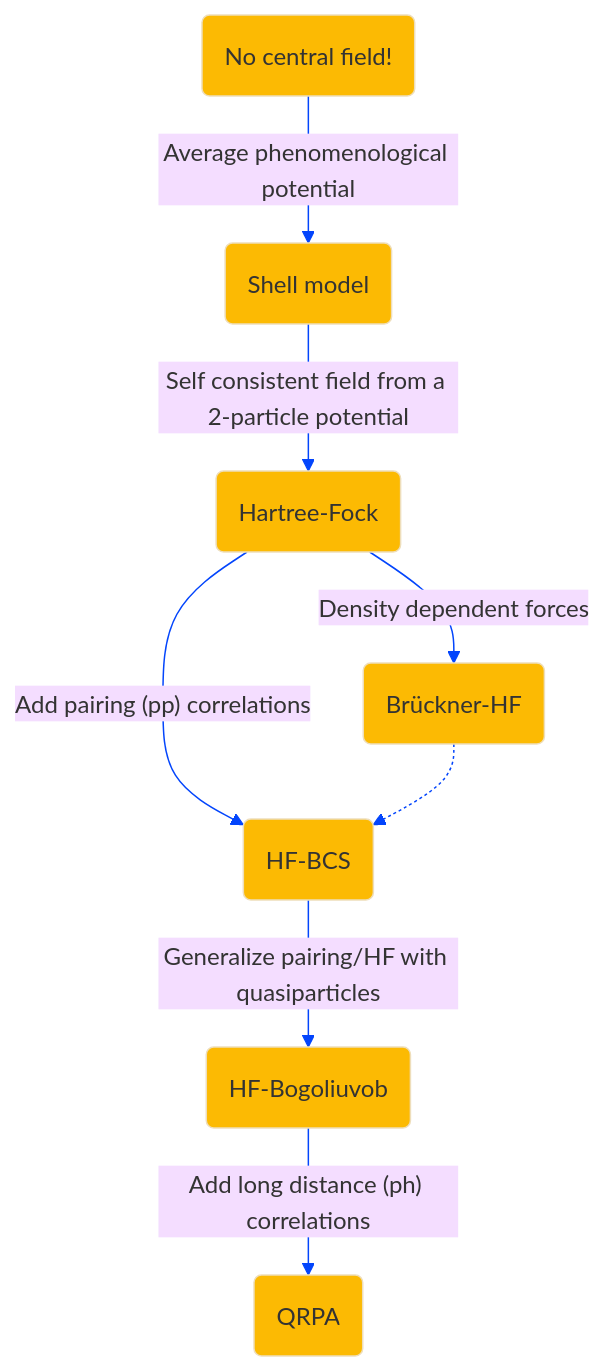
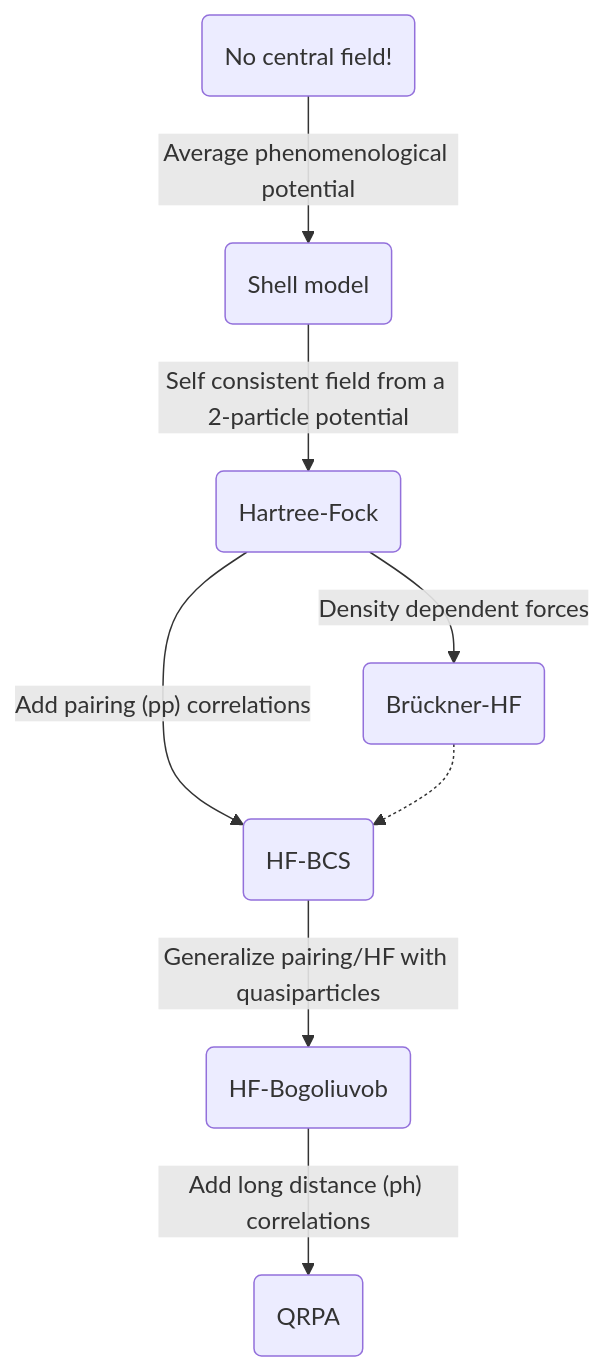
One commit to Pabce/many-stupid-notes changed the diagram in src/site/notes/Neutrino-nucleus/Mean field theory.md. Above: the diagram before and after it, drawn with Mermaid.

Commit message:
Update note Neutrino-nucleus/Mean field theory.md

````diff
--- a/src/site/notes/Neutrino-nucleus/Mean field theory.md
+++ b/src/site/notes/Neutrino-nucleus/Mean field theory.md
@@ -6,21 +6,18 @@
 ```mermaid
-%%{ init: { 'theme': 'base',
-    'themeVariables': { 'background': '#fcba03',
-                         'mainBkg': '#fcba03'} } }%%
     flowchart TD
         id1(No central field!)
         id2(Shell model)
         id3(Hartree-Fock)
         id4(HF-BCS)
         id5(HF-Bogoliuvob)
         id6(QRPA)
         id7(Brückner-HF)
         
         id1-->|Average phenomenological potential|id2
         id2-->|Self consistent field from a 2-particle potential|id3
         id3-->|"Add pairing (pp) correlations"|id4
         id4-->|Generalize pairing/HF with quasiparticles|id5
         id5-->|"Add long distance (ph) correlations"|id6
         id3-->|Density dependent forces|id7
         id7-.->id4
 ```
````
